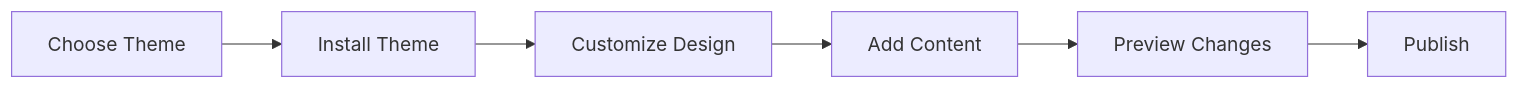
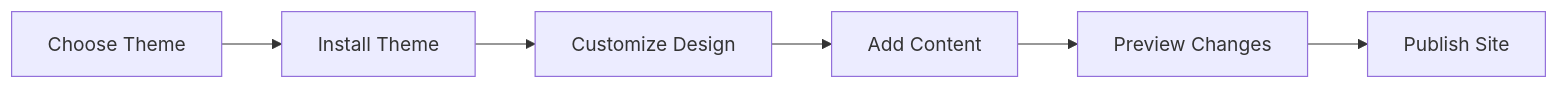
The second of 2 diagrams in how-to-build-a-wordpress-website.md (danielcregg/os-cc-lectures-and-labs), drawn with Mermaid before and after one commit. The commit also changed other lines of this file, not shown here.

````diff
--- a/how-to-build-a-wordpress-website.md
+++ b/how-to-build-a-wordpress-website.md
@@ -105,8 +134,8 @@
 ```mermaid
 flowchart LR
     A[Choose Theme] --> B[Install Theme]
     B --> C[Customize Design]
     C --> D[Add Content]
     D --> E[Preview Changes]
-    E --> F[Publish]
+    E --> F[Publish Site]
 ```
````
